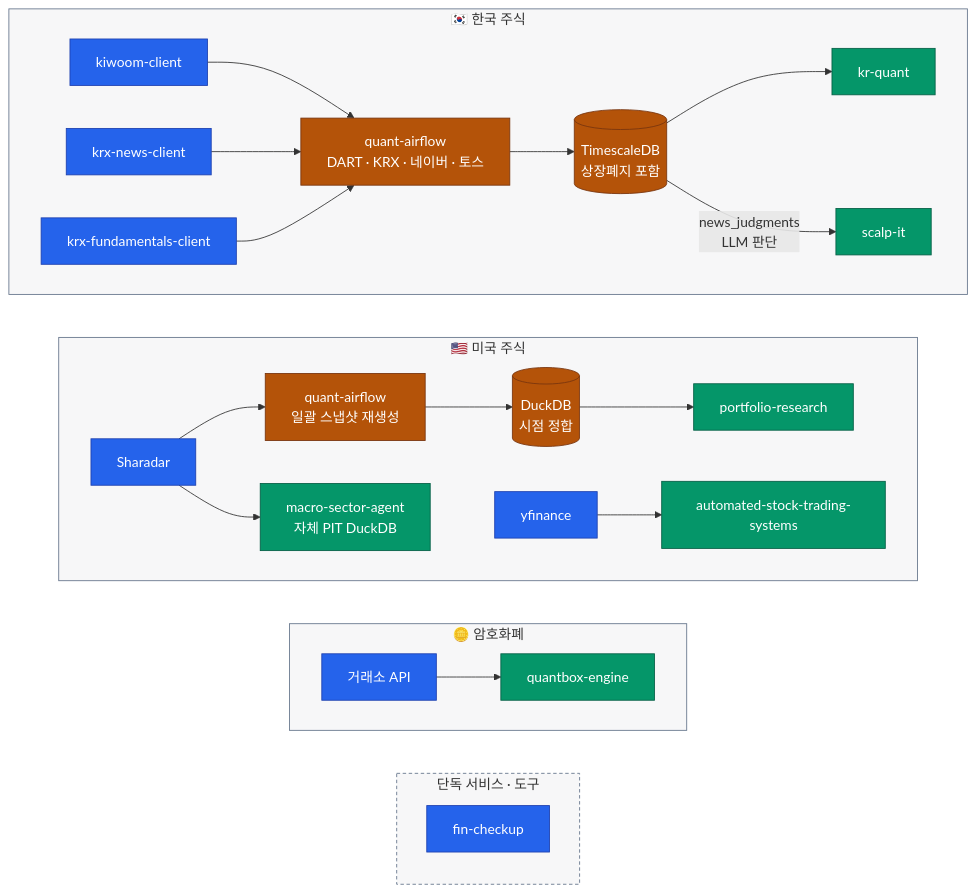
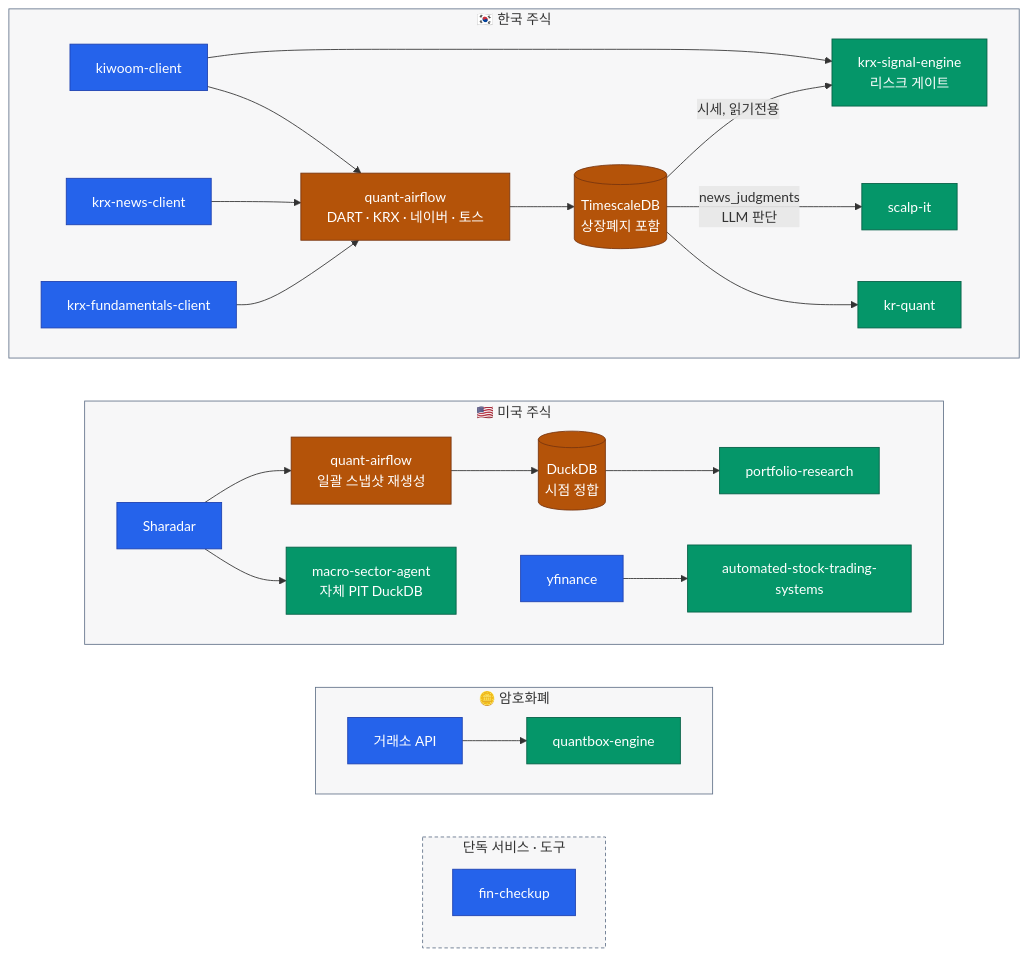
One commit to younghwan91/younghwan91 changed the diagram in README.ko.md. Above: the diagram before and after it, drawn with Mermaid. The commit also changed other lines of this file and 1 other file, not shown here.

Commit message:
docs(readme): kiwoom-client MCP 서버 반영, gpt-quant-v2 -> krx-signal-engine 개명 갱신
- kiwoom-client: REST 182개 + condition_search MCP 서버 추가를 소개에 반영
- gpt-quant-v2(아카이브)를 krx-signal-engine으로 교체 — DART 리스크 게이트,
  quant-airflow 읽기전용 조회, 키움 브로커 어댑터 구조와 진행 상태(스텁 포함)를 기술
- 다이어그램에 krx-signal-engine 소비 흐름(DB, kiwoom-client) 추가

Claude-Session: https://claude.ai/code/session_01LcTKQbzhro1ikLrFj8srjS

````diff
--- a/README.ko.md
+++ b/README.ko.md
@@ -22,43 +22,45 @@
 ```mermaid
 flowchart TB
     subgraph KR ["🇰🇷 한국 주식"]
         direction LR
         K["kiwoom-client"] --> AF["quant-airflow<br/>DART · KRX · 네이버 · 토스"] --> DB[("TimescaleDB<br/>상장폐지 포함")] --> Q["kr-quant"]
         NW["krx-news-client"] --> AF
         F["krx-fundamentals-client"] --> AF
         DB -- "news_judgments<br/>LLM 판단" --> SC["scalp-it"]
+        DB -- "시세, 읽기전용" --> KSIG["krx-signal-engine<br/>리스크 게이트"]
+        K --> KSIG
     end
 
     subgraph US ["🇺🇸 미국 주식"]
         direction LR
         SH["Sharadar"] --> AFU["quant-airflow<br/>일괄 스냅샷 재생성"] --> DD[("DuckDB<br/>시점 정합")] --> O["portfolio-research"]
         SH --> MS["macro-sector-agent<br/>자체 PIT DuckDB"]
         YF["yfinance"] --> AT["automated-stock-trading-systems"]
     end
 
     subgraph CX ["🪙 암호화폐"]
         direction LR
         EX["거래소 API"] --> CR["quantbox-engine"]
     end
 
     subgraph SVC ["단독 서비스 · 도구"]
         direction TB
         FC["fin-checkup"]
     end
 
     %% 세로 정렬용 — `~~~` 는 그 자체로 보이지 않는 링크다(linkStyle 불필요).
     KR ~~~ US ~~~ CX ~~~ SVC
 
     classDef source fill:#2563EB,stroke:#1E40AF,color:#FFFFFF
     classDef move   fill:#B45309,stroke:#78350F,color:#FFFFFF
     classDef out    fill:#059669,stroke:#065F46,color:#FFFFFF
 
     class K,SH,YF,EX,F,NW,FC source
     class AF,AFU,DB,DD move
-    class Q,O,AT,CR,SC,MS out
+    class Q,O,AT,CR,SC,MS,KSIG out
 
     style KR  fill:#0F172A08,stroke:#64748B
     style US  fill:#0F172A08,stroke:#64748B
     style CX  fill:#0F172A08,stroke:#64748B
     style SVC fill:#0F172A08,stroke:#64748B,stroke-dasharray:4 3
 ```
````
